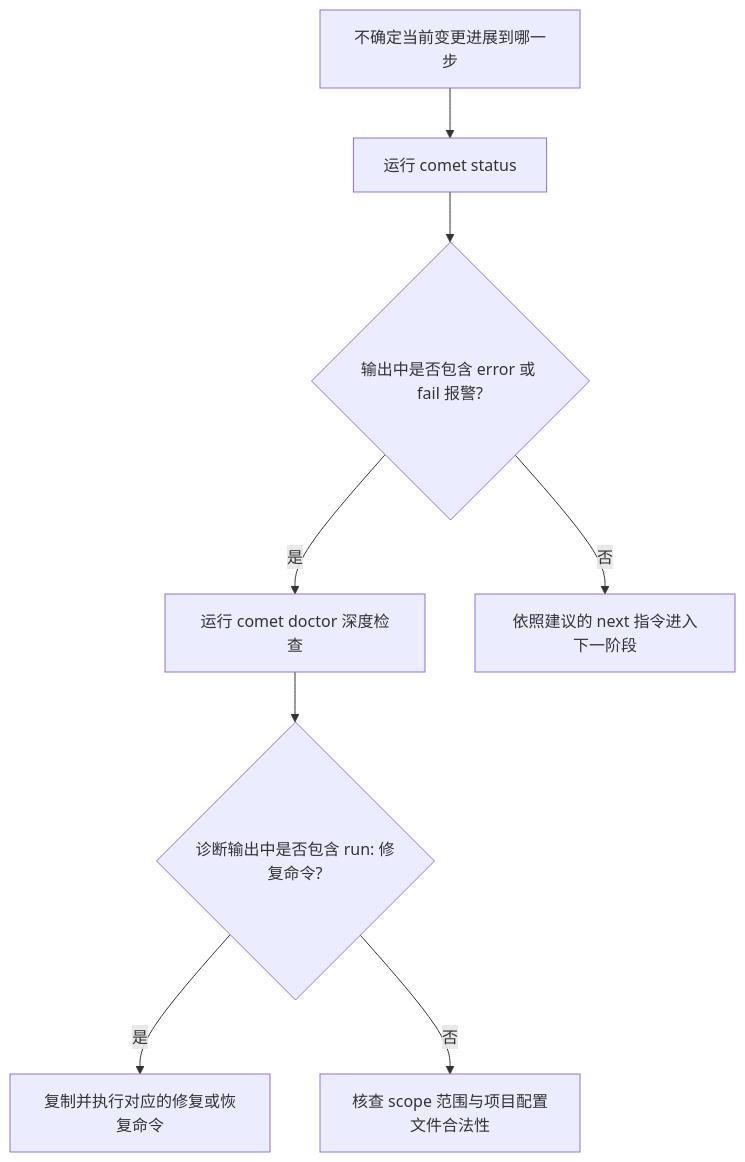
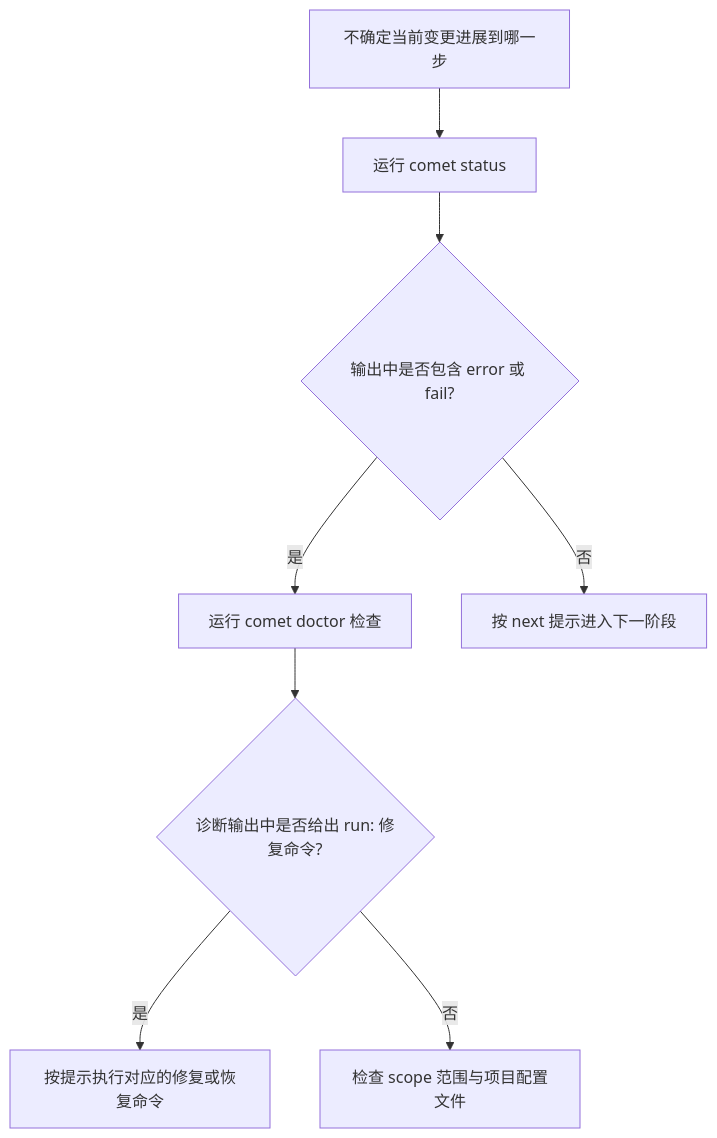
The diagram in zh/cli/doctor.mdx (rpamis/comet-website-docs), drawn with Mermaid before and after one commit. The commit also changed other lines of this file and 102 other files, not shown here.

````diff
--- a/zh/cli/doctor.mdx
+++ b/zh/cli/doctor.mdx
@@ -148,10 +144,10 @@
 ```mermaid
 flowchart TD
   A["不确定当前变更进展到哪一步"] --> B["运行 comet status"]
-  B --> C{"输出中是否包含 error 或 fail 报警?"}
-  C -->|是| D["运行 comet doctor 深度检查"]
-  D --> E{"诊断输出中是否包含 run: 修复命令?"}
-  E -->|是| F["复制并执行对应的修复或恢复命令"]
-  E -->|否| G["核查 scope 范围与项目配置文件合法性"]
-  C -->|否| H["依照建议的 next 指令进入下一阶段"]
+  B --> C{"输出中是否包含 error 或 fail?"}
+  C -->|是| D["运行 comet doctor 检查"]
+  D --> E{"诊断输出中是否给出 run: 修复命令?"}
+  E -->|是| F["按提示执行对应的修复或恢复命令"]
+  E -->|否| G["检查 scope 范围与项目配置文件"]
+  C -->|否| H["按 next 提示进入下一阶段"]
 ```
````
